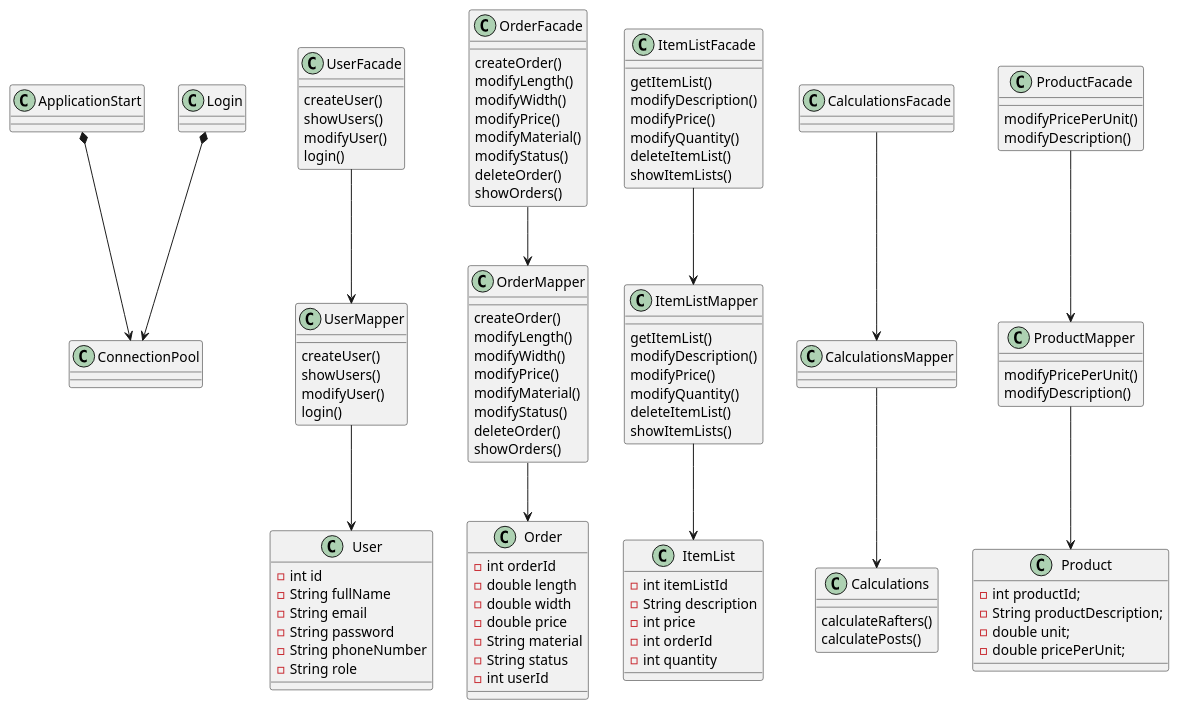
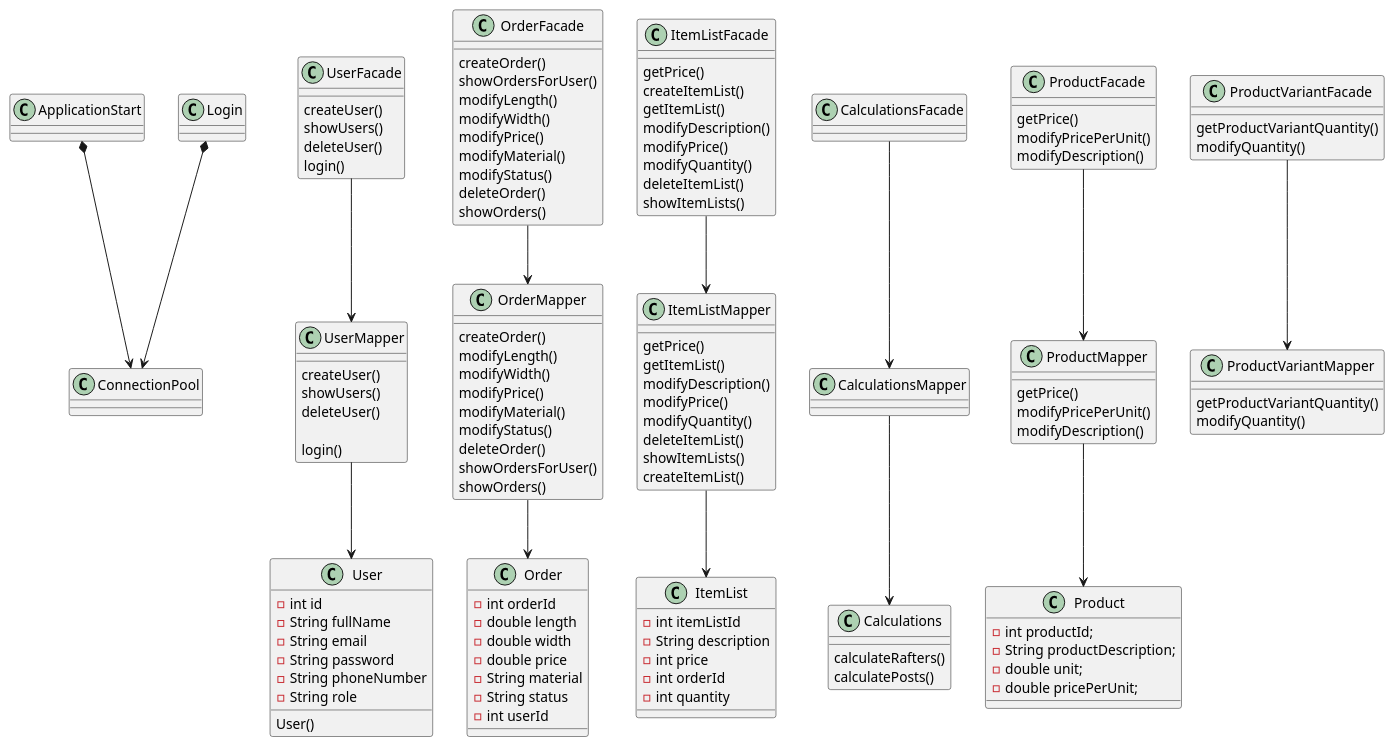
One commit to Salar86/ProjectFog changed the diagram in documentation/ClassDiagram.puml. Above: the diagram before and after it, drawn with PlantUML. The commit also changed 1 other file, not shown here.

```diff
--- a/documentation/ClassDiagram.puml
+++ b/documentation/ClassDiagram.puml
@@ -1,141 +1,162 @@
 @startuml
 'https://plantuml.com/class-diagram
 class ApplicationStart
 class ConnectionPool
 class Login
 
 ApplicationStart *--> ConnectionPool
 Login *--> ConnectionPool
 
 class User
 {
+User()
     -int id
     -String fullName
     -String email
     -String password
     -String phoneNumber
     -String role
 }
 class UserMapper
 {
     createUser()
     showUsers()
-    modifyUser()
+    deleteUser()
+
     login()
 }
 class UserFacade
 {
     createUser()
     showUsers()
-    modifyUser()
+    deleteUser()
     login()
 }
 
 
 class Order
 {
     -int orderId
     -double length
     -double width
     -double price
     -String material
     -String status
     -int userId
 }
 class OrderMapper
 {
     createOrder()
     modifyLength()
     modifyWidth()
     modifyPrice()
     modifyMaterial()
     modifyStatus()
     deleteOrder()
+    showOrdersForUser()
     showOrders()
 }
 class OrderFacade
 {
   createOrder()
+    showOrdersForUser()
     modifyLength()
     modifyWidth()
     modifyPrice()
     modifyMaterial()
     modifyStatus()
     deleteOrder()
     showOrders()
 }
 
 class ItemList
 {
     -int itemListId
     -String description
     -int price
     -int orderId
     -int quantity
 
 }
 class ItemListMapper
 {
+    getPrice()
     getItemList()
     modifyDescription()
     modifyPrice()
     modifyQuantity()
     deleteItemList()
     showItemLists()
+    createItemList()
 }
 class ItemListFacade
 {
+    getPrice()
+    createItemList()
     getItemList()
     modifyDescription()
     modifyPrice()
     modifyQuantity()
     deleteItemList()
     showItemLists()
 }
 
 class Calculations
 {
     calculateRafters()
     calculatePosts()
 
 
 }
 class CalculationsMapper
 class CalculationsFacade
 
 class Product
 {
    -int productId;
    -String productDescription;
    -double unit;
    -double pricePerUnit;
 }
 class ProductMapper
 {
+getPrice()
 modifyPricePerUnit()
 modifyDescription()
 }
 
 class ProductFacade
 {
+getPrice()
 modifyPricePerUnit()
 modifyDescription()
+}
+class ProductVariantFacade
+{
+getProductVariantQuantity()
+modifyQuantity()
+}
+class ProductVariantMapper
+{
+getProductVariantQuantity()
+modifyQuantity()
 }
 
 UserFacade --> UserMapper
 UserMapper --> User
 
 OrderFacade --> OrderMapper
 OrderMapper --> Order
 
 ItemListFacade --> ItemListMapper
 ItemListMapper --> ItemList
 
 CalculationsFacade --> CalculationsMapper
 CalculationsMapper --> Calculations
 
 ProductFacade --> ProductMapper
 ProductMapper --> Product
 
+ProductVariantFacade --> ProductVariantMapper
 
 @enduml
```
